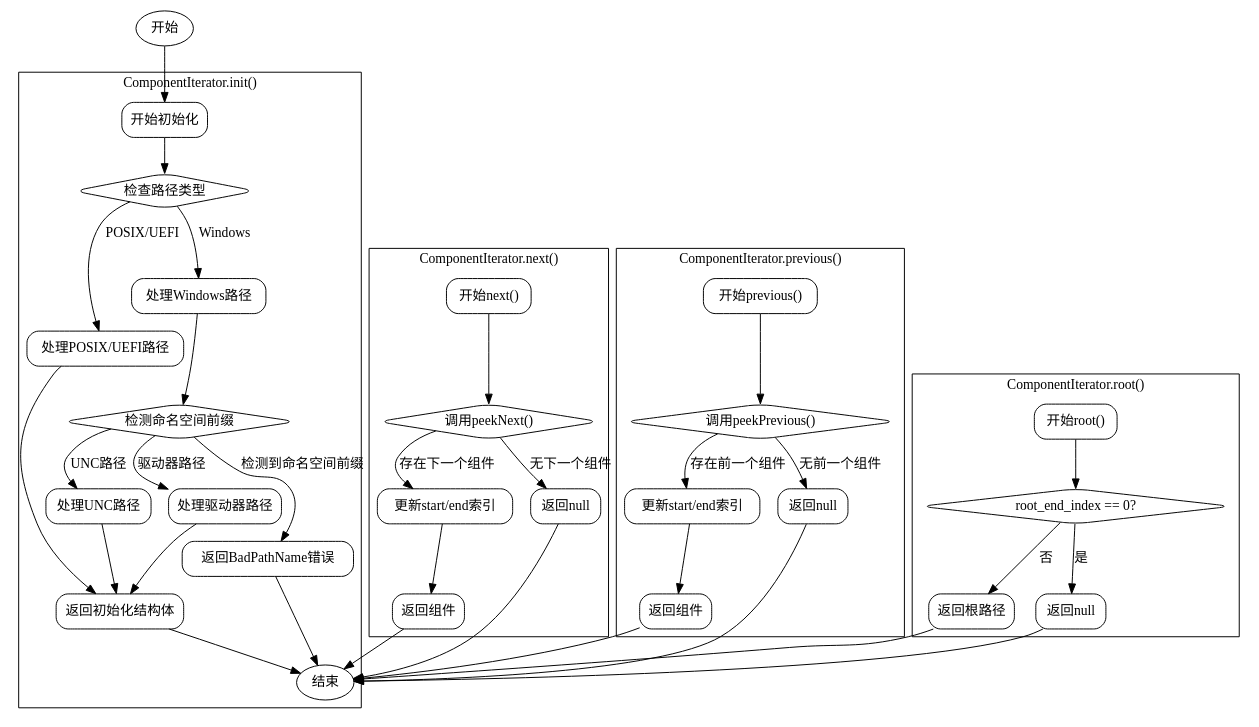
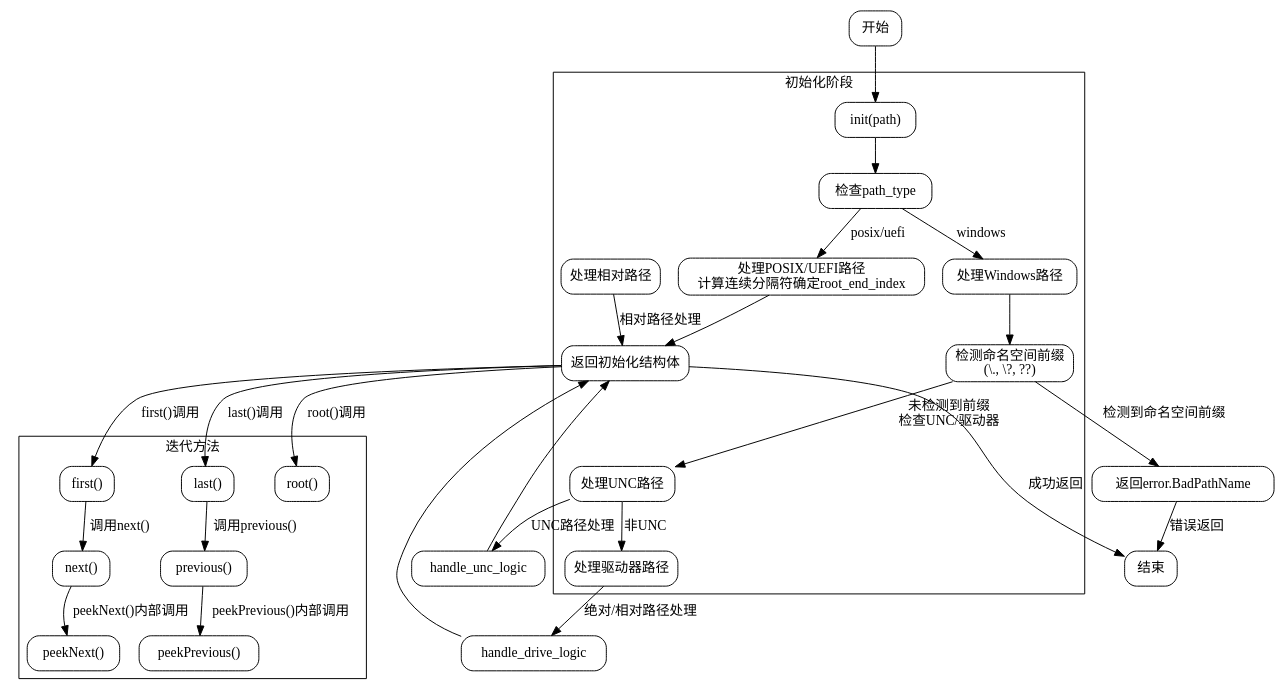
Before and after one commit to sdzx-1/deepseek-zig-reader: the diagram in dot_std/fs/path.zig.ComponentIterator.md, drawn with Graphviz. The commit also changed other lines of this file and 236 other files, not shown here.

````diff
--- a/dot_std/fs/path.zig.ComponentIterator.md
+++ b/dot_std/fs/path.zig.ComponentIterator.md
@@ -17,83 +25,89 @@
-```graphviz
-digraph ComponentIteratorFlow {
+```dot
+digraph ComponentIterator {
+    rankdir=TB;
     node [shape=rectangle, style=rounded];
-    edge [arrowhead=normal];
 
-    start [label="开始", shape=ellipse];
-    end [label="结束", shape=ellipse];
+    // 初始化流程
+    start [label="开始"];
+    init [label="init(path)"];
+    check_path_type [label="检查path_type"];
+    handle_posix_uefi [label="处理POSIX/UEFI路径\n计算连续分隔符确定root_end_index"];
+    handle_windows [label="处理Windows路径"];
+    check_namespace_prefix [label="检测命名空间前缀\n(\\.\, \\?\, \??\)"];
+    return_error [label="返回error.BadPathName"];
+    check_unc [label="处理UNC路径"];
+    check_drive [label="处理驱动器路径"];
+    check_relative [label="处理相对路径"];
+    init_return [label="返回初始化结构体"];
 
+    // 方法流程
+    root_method [label="root()"];
+    first_method [label="first()"];
+    last_method [label="last()"];
+    next_method [label="next()"];
+    peek_next_method [label="peekNext()"];
+    previous_method [label="previous()"];
+    peek_previous_method [label="peekPrevious()"];
+
+    // 初始化逻辑连接
+    start -> init;
+    init -> check_path_type;
+    check_path_type -> handle_posix_uefi [label="posix/uefi"];
+    check_path_type -> handle_windows [label="windows"];
+    
+    handle_windows -> check_namespace_prefix;
+    check_namespace_prefix -> return_error [label="检测到命名空间前缀"];
+    check_namespace_prefix -> check_unc [label="未检测到前缀\n检查UNC/驱动器"];
+    
+    check_unc -> check_drive [label="非UNC"];
+    check_unc -> handle_unc_logic [label="UNC路径处理"];
+    check_drive -> handle_drive_logic [label="绝对/相对路径处理"];
+    
+    handle_posix_uefi -> init_return;
+    handle_unc_logic -> init_return;
+    handle_drive_logic -> init_return;
+    check_relative -> init_return [label="相对路径处理"];
+
+    // 方法调用关系
+    init_return -> root_method [label="root()调用"];
+    init_return -> first_method [label="first()调用"];
+    init_return -> last_method [label="last()调用"];
+    
+    first_method -> next_method [label="调用next()"];
+    last_method -> previous_method [label="调用previous()"];
+    
+    next_method -> peek_next_method [label="peekNext()内部调用"];
+    previous_method -> peek_previous_method [label="peekPrevious()内部调用"];
+
+    // 通用流程节点
+    return_error -> end [label="错误返回"];
+    init_return -> end [label="成功返回"];
+    
+    end [label="结束"];
+    
+    // 子图分组（仅示例结构）
     subgraph cluster_init {
-        label="ComponentIterator.init()";
-        init_start [label="开始初始化"];
-        check_path_type [label="检查路径类型", shape=diamond];
-        handle_posix_uefi [label="处理POSIX/UEFI路径"];
-        handle_windows [label="处理Windows路径"];
-        check_namespace [label="检测命名空间前缀", shape=diamond];
-        handle_unc [label="处理UNC路径"];
-        handle_drive [label="处理驱动器路径"];
-        return_init [label="返回初始化结构体"];
-        error_badpath [label="返回BadPathName错误", shape=rect];
-
-        init_start -> check_path_type;
-        check_path_type -> handle_posix_uefi [label="POSIX/UEFI"];
-        check_path_type -> handle_windows [label="Windows"];
-        handle_windows -> check_namespace;
-        check_namespace -> error_badpath [label="检测到命名空间前缀"];
-        check_namespace -> handle_unc [label="UNC路径"];
-        check_namespace -> handle_drive [label="驱动器路径"];
-        handle_posix_uefi -> return_init;
-        handle_unc -> return_init;
-        handle_drive -> return_init;
-        error_badpath -> end;
+        label="初始化阶段";
+        init;
+        check_path_type;
+        handle_posix_uefi;
+        handle_windows;
+        check_namespace_prefix;
+        check_unc;
+        check_drive;
+        check_relative;
+        init_return;
     }
-
-    subgraph cluster_next {
-        label="ComponentIterator.next()";
-        next_start [label="开始next()"];
-        check_peek [label="调用peekNext()", shape=diamond];
-        update_indices [label="更新start/end索引"];
-        return_component [label="返回组件"];
-        return_null [label="返回null"];
-
-        next_start -> check_peek;
-        check_peek -> return_null [label="无下一个组件"];
-        check_peek -> update_indices [label="存在下一个组件"];
-        update_indices -> return_component;
+    
+    subgraph cluster_methods {
+        label="迭代方法";
+        root_method;
+        first_method;
+        last_method;
+        next_method;
+        peek_next_method;
+        previous_method;
+        peek_previous_method;
     }
-
-    subgraph cluster_previous {
-        label="ComponentIterator.previous()";
-        prev_start [label="开始previous()"];
-        check_peek_prev [label="调用peekPrevious()", shape=diamond];
-        update_indices_prev [label="更新start/end索引"];
-        return_component_prev [label="返回组件"];
-        return_null_prev [label="返回null"];
-
-        prev_start -> check_peek_prev;
-        check_peek_prev -> return_null_prev [label="无前一个组件"];
-        check_peek_prev -> update_indices_prev [label="存在前一个组件"];
-        update_indices_prev -> return_component_prev;
-    }
-
-    subgraph cluster_root {
-        label="ComponentIterator.root()";
-        root_start [label="开始root()"];
-        check_root_end [label="root_end_index == 0?", shape=diamond];
-        return_root [label="返回根路径"];
-        return_null_root [label="返回null"];
-
-        root_start -> check_root_end;
-        check_root_end -> return_null_root [label="是"];
-        check_root_end -> return_root [label="否"];
-    }
-
-    start -> init_start;
-    return_init -> end [ltail=cluster_init];
-    return_component -> end [ltail=cluster_next];
-    return_null -> end [ltail=cluster_next];
-    return_component_prev -> end [ltail=cluster_previous];
-    return_null_prev -> end [ltail=cluster_previous];
-    return_root -> end [ltail=cluster_root];
-    return_null_root -> end [ltail=cluster_root];
 }
-```
+``` 
````
